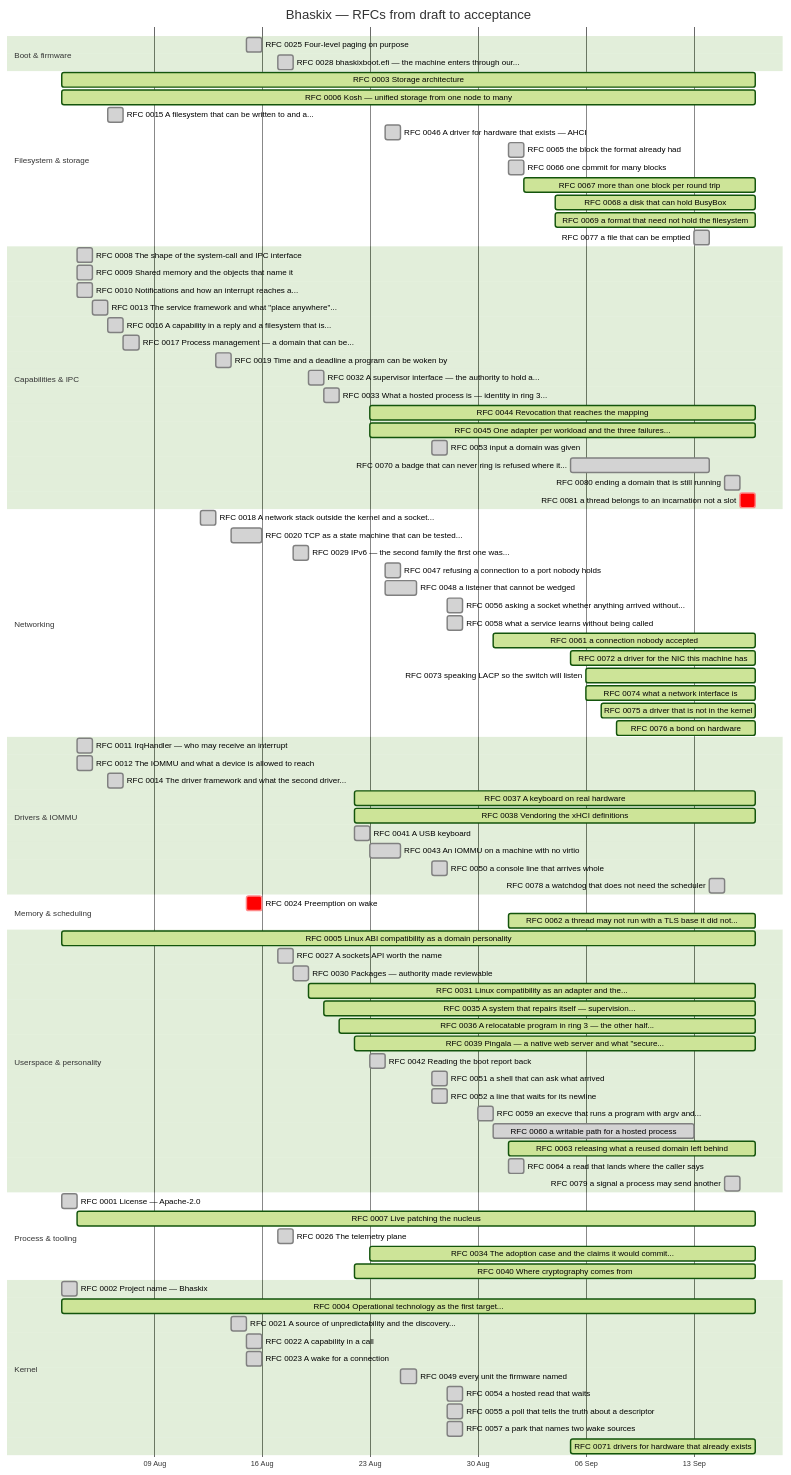
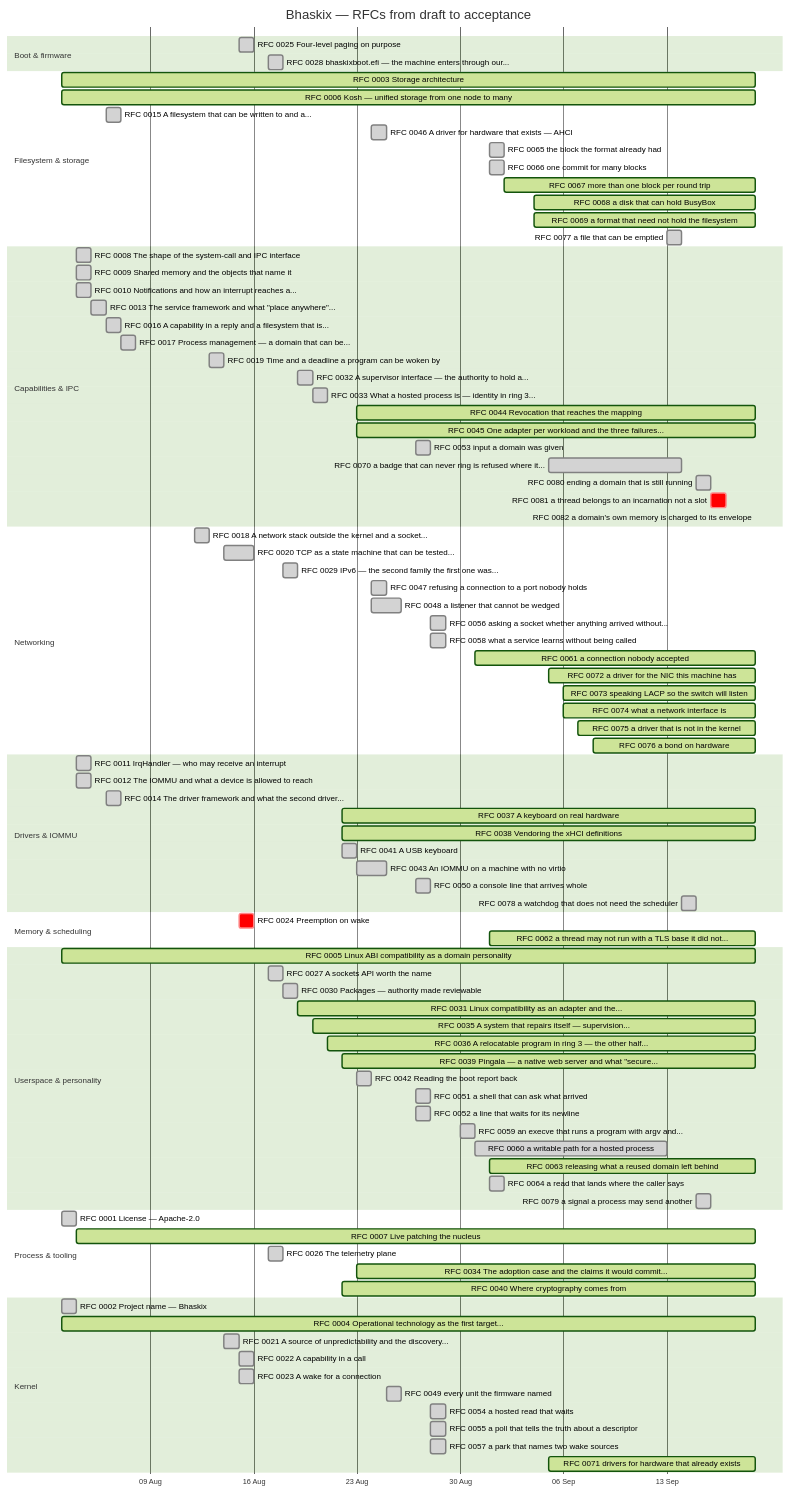
Before and after one commit to bhaskix/bhaskix: the diagram in docs/progress.md, drawn with Mermaid (forest theme). The commit also changed other lines of this file and 10 other files, not shown here.

````diff
--- a/docs/progress.md
+++ b/docs/progress.md
@@ -31,15 +31,15 @@
     RFC 0025 Four-level paging on purpose :done, r0025, 2026-08-15, 2026-08-16
     RFC 0028 bhaskixboot.efi — the machine enters through our... :done, r0028, 2026-08-17, 2026-08-18
     section Filesystem & storage
-    RFC 0003 Storage architecture :active, r0003, 2026-08-03, 2026-09-17
-    RFC 0006 Kosh — unified storage from one node to many :active, r0006, 2026-08-03, 2026-09-17
+    RFC 0003 Storage architecture :active, r0003, 2026-08-03, 2026-09-19
+    RFC 0006 Kosh — unified storage from one node to many :active, r0006, 2026-08-03, 2026-09-19
     RFC 0015 A filesystem that can be written to and a... :done, r0015, 2026-08-06, 1d
     RFC 0046 A driver for hardware that exists — AHCI :done, r0046, 2026-08-24, 1d
     RFC 0065 the block the format already had :done, r0065, 2026-09-01, 1d
     RFC 0066 one commit for many blocks :done, r0066, 2026-09-01, 1d
-    RFC 0067 more than one block per round trip :active, r0067, 2026-09-02, 2026-09-17
-    RFC 0068 a disk that can hold BusyBox :active, r0068, 2026-09-04, 2026-09-17
-    RFC 0069 a format that need not hold the filesystem :active, r0069, 2026-09-04, 2026-09-17
+    RFC 0067 more than one block per round trip :active, r0067, 2026-09-02, 2026-09-19
+    RFC 0068 a disk that can hold BusyBox :active, r0068, 2026-09-04, 2026-09-19
+    RFC 0069 a format that need not hold the filesystem :active, r0069, 2026-09-04, 2026-09-19
     RFC 0077 a file that can be emptied :done, r0077, 2026-09-13, 1d
     section Capabilities & IPC
     RFC 0008 The shape of the system-call and IPC interface :done, r0008, 2026-08-04, 1d
@@ -51,12 +51,13 @@
     RFC 0019 Time and a deadline a program can be woken by :done, r0019, 2026-08-13, 2026-08-14
     RFC 0032 A supervisor interface — the authority to hold a... :done, r0032, 2026-08-19, 2026-08-20
     RFC 0033 What a hosted process is — identity in ring 3... :done, r0033, 2026-08-20, 1d
-    RFC 0044 Revocation that reaches the mapping :active, r0044, 2026-08-23, 2026-09-17
-    RFC 0045 One adapter per workload and the three failures... :active, r0045, 2026-08-23, 2026-09-17
+    RFC 0044 Revocation that reaches the mapping :active, r0044, 2026-08-23, 2026-09-19
+    RFC 0045 One adapter per workload and the three failures... :active, r0045, 2026-08-23, 2026-09-19
     RFC 0053 input a domain was given :done, r0053, 2026-08-27, 1d
     RFC 0070 a badge that can never ring is refused where it... :done, r0070, 2026-09-05, 2026-09-14
     RFC 0080 ending a domain that is still running :done, r0080, 2026-09-15, 1d
     RFC 0081 a thread belongs to an incarnation not a slot :crit, r0081, 2026-09-16, 1d
+    RFC 0082 a domain's own memory is charged to its envelope :active, r0082, 2026-09-19, 2026-09-19
     section Networking
     RFC 0018 A network stack outside the kernel and a socket... :done, r0018, 2026-08-12, 2026-08-13
     RFC 0020 TCP as a state machine that can be tested... :done, r0020, 2026-08-14, 2026-08-16
@@ -65,50 +66,50 @@
     RFC 0048 a listener that cannot be wedged :done, r0048, 2026-08-24, 2026-08-26
     RFC 0056 asking a socket whether anything arrived without... :done, r0056, 2026-08-28, 1d
     RFC 0058 what a service learns without being called :done, r0058, 2026-08-28, 1d
-    RFC 0061 a connection nobody accepted :active, r0061, 2026-08-31, 2026-09-17
-    RFC 0072 a driver for the NIC this machine has :active, r0072, 2026-09-05, 2026-09-17
-    RFC 0073 speaking LACP so the switch will listen :active, r0073, 2026-09-06, 2026-09-17
-    RFC 0074 what a network interface is :active, r0074, 2026-09-06, 2026-09-17
-    RFC 0075 a driver that is not in the kernel :active, r0075, 2026-09-07, 2026-09-17
-    RFC 0076 a bond on hardware :active, r0076, 2026-09-08, 2026-09-17
+    RFC 0061 a connection nobody accepted :active, r0061, 2026-08-31, 2026-09-19
+    RFC 0072 a driver for the NIC this machine has :active, r0072, 2026-09-05, 2026-09-19
+    RFC 0073 speaking LACP so the switch will listen :active, r0073, 2026-09-06, 2026-09-19
+    RFC 0074 what a network interface is :active, r0074, 2026-09-06, 2026-09-19
+    RFC 0075 a driver that is not in the kernel :active, r0075, 2026-09-07, 2026-09-19
+    RFC 0076 a bond on hardware :active, r0076, 2026-09-08, 2026-09-19
     section Drivers & IOMMU
     RFC 0011 IrqHandler — who may receive an interrupt :done, r0011, 2026-08-04, 1d
     RFC 0012 The IOMMU and what a device is allowed to reach :done, r0012, 2026-08-04, 1d
     RFC 0014 The driver framework and what the second driver... :done, r0014, 2026-08-06, 1d
-    RFC 0037 A keyboard on real hardware :active, r0037, 2026-08-22, 2026-09-17
-    RFC 0038 Vendoring the xHCI definitions :active, r0038, 2026-08-22, 2026-09-17
+    RFC 0037 A keyboard on real hardware :active, r0037, 2026-08-22, 2026-09-19
+    RFC 0038 Vendoring the xHCI definitions :active, r0038, 2026-08-22, 2026-09-19
     RFC 0041 A USB keyboard :done, r0041, 2026-08-22, 2026-08-23
     RFC 0043 An IOMMU on a machine with no virtio :done, r0043, 2026-08-23, 2026-08-25
     RFC 0050 a console line that arrives whole :done, r0050, 2026-08-27, 1d
     RFC 0078 a watchdog that does not need the scheduler :done, r0078, 2026-09-14, 2026-09-15
     section Memory & scheduling
     RFC 0024 Preemption on wake :crit, r0024, 2026-08-15, 1d
-    RFC 0062 a thread may not run with a TLS base it did not... :active, r0062, 2026-09-01, 2026-09-17
+    RFC 0062 a thread may not run with a TLS base it did not... :active, r0062, 2026-09-01, 2026-09-19
     section Userspace & personality
-    RFC 0005 Linux ABI compatibility as a domain personality :active, r0005, 2026-08-03, 2026-09-17
+    RFC 0005 Linux ABI compatibility as a domain personality :active, r0005, 2026-08-03, 2026-09-19
     RFC 0027 A sockets API worth the name :done, r0027, 2026-08-17, 1d
     RFC 0030 Packages — authority made reviewable :done, r0030, 2026-08-18, 2026-08-19
-    RFC 0031 Linux compatibility as an adapter and the... :active, r0031, 2026-08-19, 2026-09-17
-    RFC 0035 A system that repairs itself — supervision... :active, r0035, 2026-08-20, 2026-09-17
-    RFC 0036 A relocatable program in ring 3 — the other half... :active, r0036, 2026-08-21, 2026-09-17
-    RFC 0039 Pingala — a native web server and what "secure... :active, r0039, 2026-08-22, 2026-09-17
+    RFC 0031 Linux compatibility as an adapter and the... :active, r0031, 2026-08-19, 2026-09-19
+    RFC 0035 A system that repairs itself — supervision... :active, r0035, 2026-08-20, 2026-09-19
+    RFC 0036 A relocatable program in ring 3 — the other half... :active, r0036, 2026-08-21, 2026-09-19
+    RFC 0039 Pingala — a native web server and what "secure... :active, r0039, 2026-08-22, 2026-09-19
     RFC 0042 Reading the boot report back :done, r0042, 2026-08-23, 1d
     RFC 0051 a shell that can ask what arrived :done, r0051, 2026-08-27, 1d
     RFC 0052 a line that waits for its newline :done, r0052, 2026-08-27, 1d
     RFC 0059 an execve that runs a program with argv and... :done, r0059, 2026-08-30, 1d
     RFC 0060 a writable path for a hosted process :done, r0060, 2026-08-31, 2026-09-13
-    RFC 0063 releasing what a reused domain left behind :active, r0063, 2026-09-01, 2026-09-17
+    RFC 0063 releasing what a reused domain left behind :active, r0063, 2026-09-01, 2026-09-19
     RFC 0064 a read that lands where the caller says :done, r0064, 2026-09-01, 1d
     RFC 0079 a signal a process may send another :done, r0079, 2026-09-15, 1d
     section Process & tooling
     RFC 0001 License — Apache-2.0 :done, r0001, 2026-08-03, 1d
-    RFC 0007 Live patching the nucleus :active, r0007, 2026-08-04, 2026-09-17
+    RFC 0007 Live patching the nucleus :active, r0007, 2026-08-04, 2026-09-19
     RFC 0026 The telemetry plane :done, r0026, 2026-08-17, 1d
-    RFC 0034 The adoption case and the claims it would commit... :active, r0034, 2026-08-23, 2026-09-17
-    RFC 0040 Where cryptography comes from :active, r0040, 2026-08-22, 2026-09-17
+    RFC 0034 The adoption case and the claims it would commit... :active, r0034, 2026-08-23, 2026-09-19
+    RFC 0040 Where cryptography comes from :active, r0040, 2026-08-22, 2026-09-19
     section Kernel
     RFC 0002 Project name — Bhaskix :done, r0002, 2026-08-03, 1d
-    RFC 0004 Operational technology as the first target... :active, r0004, 2026-08-03, 2026-09-17
+    RFC 0004 Operational technology as the first target... :active, r0004, 2026-08-03, 2026-09-19
     RFC 0021 A source of unpredictability and the discovery... :done, r0021, 2026-08-14, 1d
     RFC 0022 A capability in a call :done, r0022, 2026-08-15, 2026-08-16
     RFC 0023 A wake for a connection :done, r0023, 2026-08-15, 2026-08-16
@@ -116,5 +117,5 @@
     RFC 0054 a hosted read that waits :done, r0054, 2026-08-28, 1d
     RFC 0055 a poll that tells the truth about a descriptor :done, r0055, 2026-08-28, 1d
     RFC 0057 a park that names two wake sources :done, r0057, 2026-08-28, 1d
-    RFC 0071 drivers for hardware that already exists :active, r0071, 2026-09-05, 2026-09-17
+    RFC 0071 drivers for hardware that already exists :active, r0071, 2026-09-05, 2026-09-19
 ```
````
